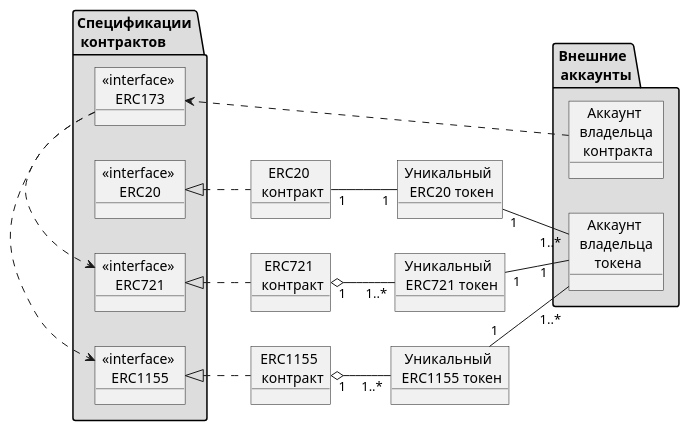
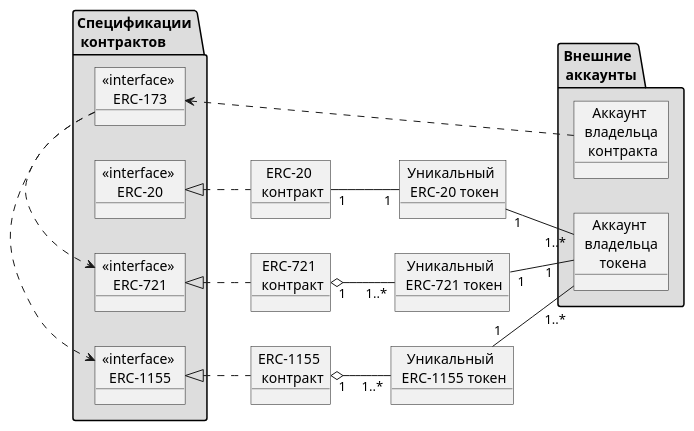
One commit to 1frag/nft-factory-v1 changed the diagram in diagrams/spec-relation.puml. Above: the diagram before and after it, drawn with PlantUML. The commit also changed 7 other files, not shown here.

Commit message:
Add diagrams for english

```diff
--- a/diagrams/spec-relation.puml
+++ b/diagrams/spec-relation.puml
@@ -1,44 +1,44 @@
 @startuml
 left to right direction
 
-object "ERC20 \n контракт" as erc20_c
-object "ERC721 \n контракт" as erc721_c
-object "ERC1155 \n контракт" as erc1155_c
+object "ERC-20 \n контракт" as erc20_c
+object "ERC-721 \n контракт" as erc721_c
+object "ERC-1155 \n контракт" as erc1155_c
 
-object "Уникальный \n ERC20 токен" as token_20
-object "Уникальный \n ERC721 токен" as token_721
-object "Уникальный \n ERC1155 токен" as token_1155
+object "Уникальный \n ERC-20 токен" as token_20
+object "Уникальный \n ERC-721 токен" as token_721
+object "Уникальный \n ERC-1155 токен" as token_1155
 
 package "Спецификации \n контрактов        " as erc #DDDDDD {
-    object "«interface» \nERC20" as erc20
-    object "«interface» \nERC721" as erc721
-    object "«interface» \nERC1155" as erc1155
-    object "«interface» \nERC173" as erc173
+    object "«interface» \nERC-20" as erc20
+    object "«interface» \nERC-721" as erc721
+    object "«interface» \nERC-1155" as erc1155
+    object "«interface» \nERC-173" as erc173
     erc173 .> erc721
     erc173 .> erc1155
 }
 
 package "Внешние \n аккаунты" as wallet #DDDDDD {
     object "Аккаунт \n владельца \n токена" as token_owner
     object "Аккаунт \n владельца \n контракта" as contract_owner
 }
 
 erc20 <|.. erc20_c
 erc721 <|.. erc721_c
 erc1155 <|.. erc1155_c
 
 erc20_c "1" -- "1" token_20
 erc721_c "1" o-- "1..*" token_721
 erc1155_c "1" o-- "1..*" token_1155
 
 token_20 "1" -- "1..*" token_owner
 token_721 "1" --- "1    " token_owner
 token_1155 "1" -- "\n    1..*" token_owner
 
 token_20 -r[hidden]- token_721
 token_721 -r[hidden]- token_1155
 token_1155 -r[hidden]- token_20
 
 contract_owner .> erc173
 
 @enduml
```
